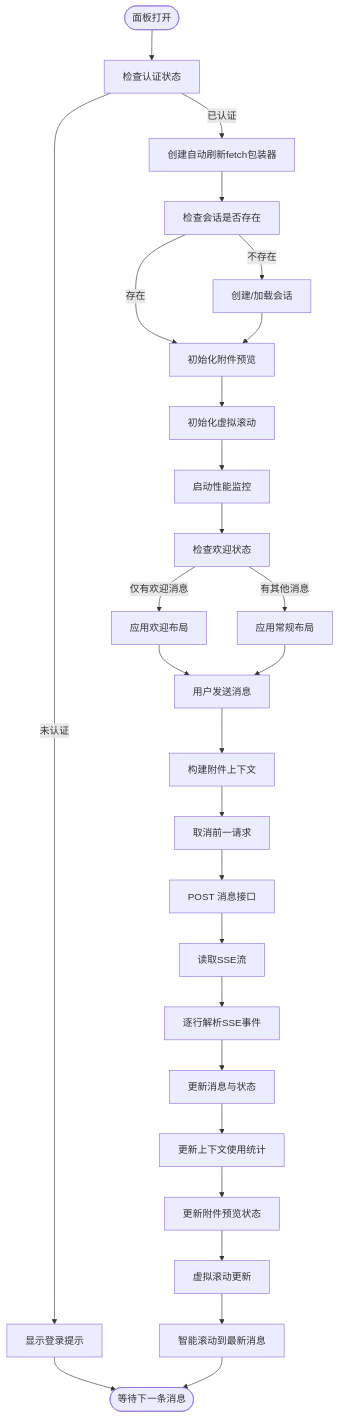
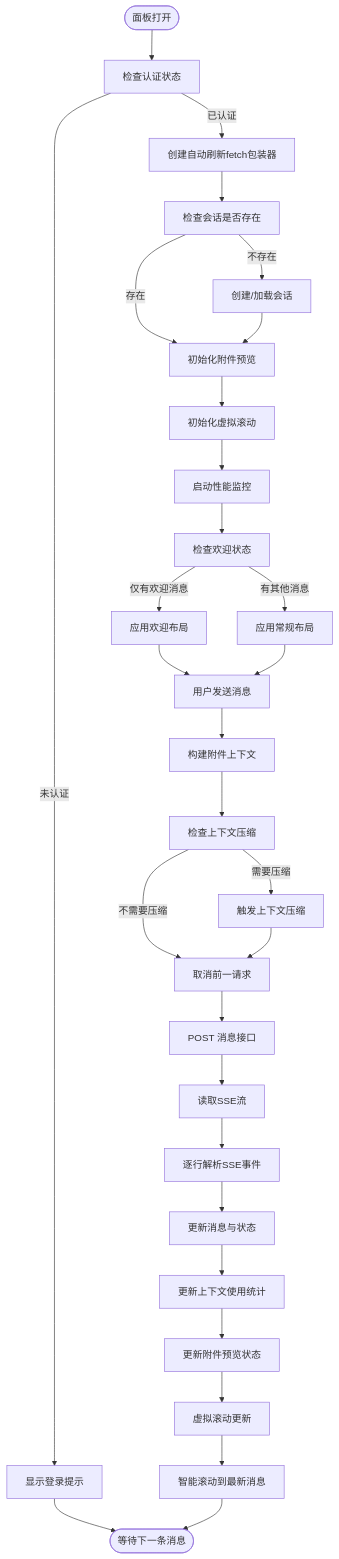
Before and after one commit to KunLabAI/KunFlix: the third of 33 diagrams in .qoder/repowiki/zh/content/前端应用架构/UI组件库/画布组件系统/AI助手面板/AI助手面板.md, drawn with Mermaid. The commit also changed other lines of this file and 14 other files, not shown here.

First line of the commit message:
feat(context_compaction): 新增智能上下文压缩功能

````diff
--- a/.qoder/repowiki/zh/content/前端应用架构/UI组件库/画布组件系统/AI助手面板/AI助手面板.md
+++ b/.qoder/repowiki/zh/content/前端应用架构/UI组件库/画布组件系统/AI助手面板/AI助手面板.md
@@ -324,29 +355,32 @@
 ```mermaid
 flowchart TD
 Start(["面板打开"]) --> CheckAuth["检查认证状态"]
 CheckAuth --> |已认证| CreateAuthFetch["创建自动刷新fetch包装器"]
 CheckAuth --> |未认证| ShowLogin["显示登录提示"]
 CreateAuthFetch --> CheckSession["检查会话是否存在"]
 ShowLogin --> End(["等待登录"])
 CheckSession --> |不存在| CreateSession["创建/加载会话"]
 CheckSession --> |存在| InitAttachmentPreview["初始化附件预览"]
 CreateSession --> InitAttachmentPreview
 InitAttachmentPreview --> InitVirtualList["初始化虚拟滚动"]
 InitVirtualList --> StartPerfMon["启动性能监控"]
 StartPerfMon --> CheckWelcome["检查欢迎状态"]
 CheckWelcome --> |仅有欢迎消息| WelcomeLayout["应用欢迎布局"]
 CheckWelcome --> |有其他消息| NormalLayout["应用常规布局"]
 WelcomeLayout --> SendMsg["用户发送消息"]
 NormalLayout --> SendMsg
 SendMsg --> BuildAttachmentContext["构建附件上下文"]
-BuildAttachmentContext --> AbortPrev["取消前一请求"]
+BuildAttachmentContext --> CheckContextCompaction["检查上下文压缩"]
+CheckContextCompaction --> |需要压缩| TriggerCompaction["触发上下文压缩"]
+CheckContextCompaction --> |不需要压缩| AbortPrev["取消前一请求"]
+TriggerCompaction --> AbortPrev
 AbortPrev --> Fetch["POST 消息接口"]
 Fetch --> ReadStream["读取SSE流"]
 ReadStream --> Parse["逐行解析SSE事件"]
 Parse --> UpdateStore["更新消息与状态"]
 UpdateStore --> UpdateContext["更新上下文使用统计"]
 UpdateContext --> UpdateAttachmentPreview["更新附件预览状态"]
 UpdateAttachmentPreview --> VirtualScroll["虚拟滚动更新"]
 VirtualScroll --> ScrollToBottom["智能滚动到最新消息"]
 ScrollToBottom --> End(["等待下一条消息"])
 ```
````
